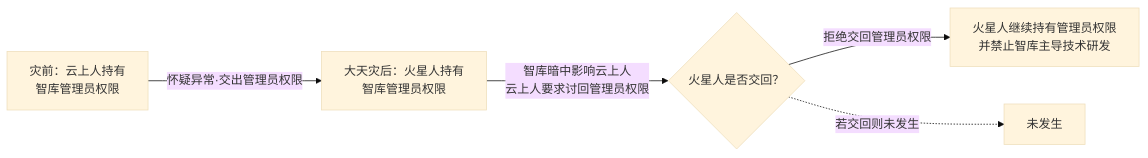
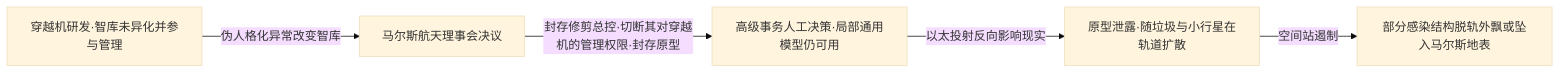
The eighth of 12 diagrams in 实体与关系网.md (Estrella6066773/WorldCreate), drawn with Mermaid (base theme) before and after one commit. The commit also changed other lines of this file and 22 other files, not shown here.

````diff
--- a/实体与关系网.md
+++ b/实体与关系网.md
@@ -423,7 +426,7 @@
 ```mermaid
 flowchart LR
-  A[灾前：云上人持有<br/>智库管理员权限] -->|怀疑异常·交出管理员权限| B[大天灾后：火星人持有<br/>智库管理员权限]
-  B -->|智库暗中影响云上人<br/>云上人要求讨回管理员权限| C{火星人是否交回？}
-  C -->|拒绝交回管理员权限| D[火星人继续持有管理员权限<br/>并禁止智库主导技术研发]
-  C -.->|若交回则未发生| X[未发生]
+  A[穿越机研发·智库未异化并参与管理] -->|伪人格化异常改变智库| B[马尔斯航天理事会决议]
+  B -->|封存修剪总控·切断其对穿越机的管理权限·封存原型| C[高级事务人工决策·局部通用模型仍可用]
+  C -->|以太投射反向影响现实| D[原型泄露·随垃圾与小行星在轨道扩散]
+  D -->|空间站遏制| E[部分感染结构脱轨外飘或坠入马尔斯地表]
 ```
````
